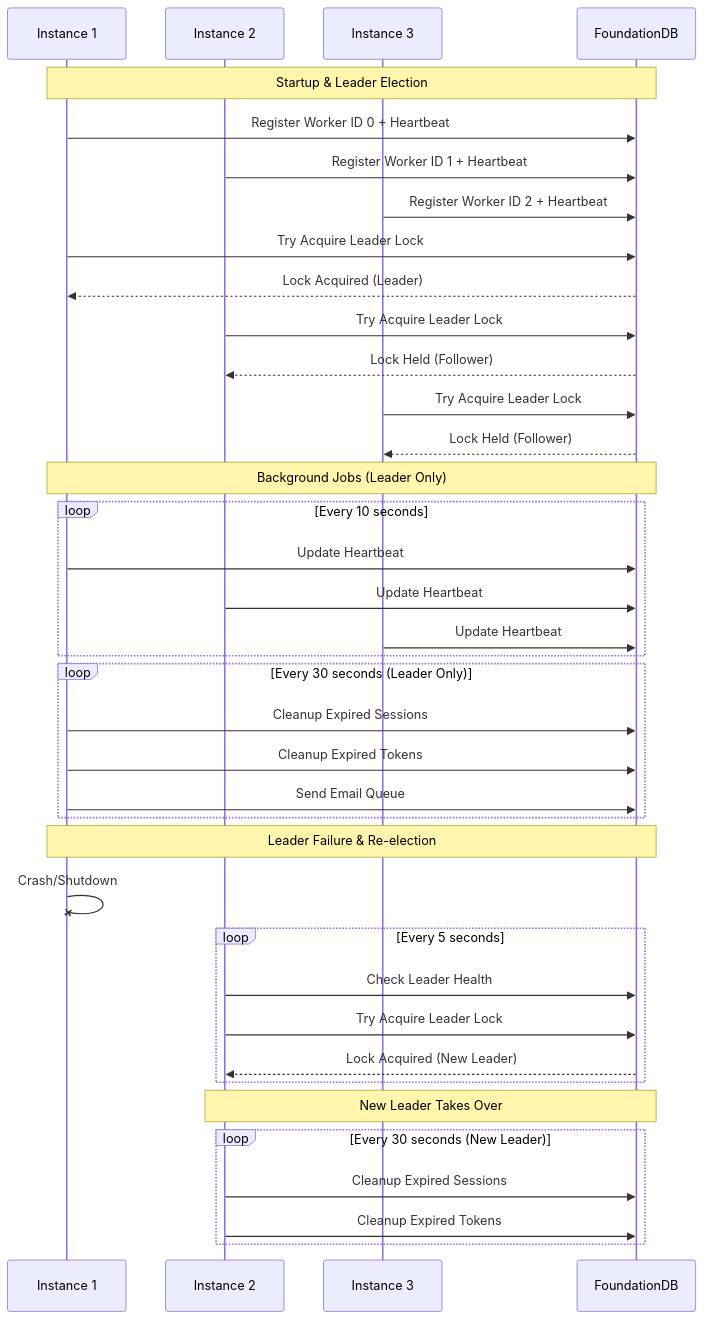
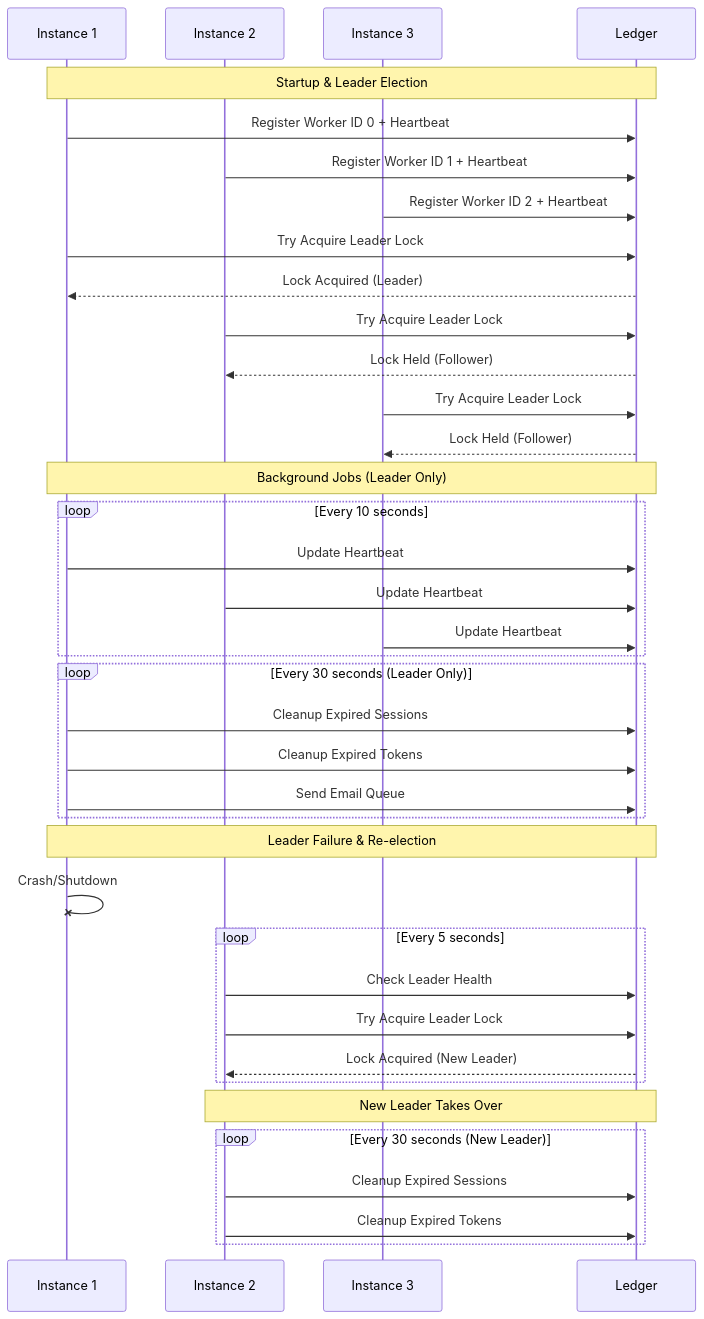
The fourth of 10 diagrams in docs/architecture.md (inferadb/control), drawn with Mermaid before and after one commit. The commit also changed other lines of this file and 61 other files, not shown here.

Commit message:
improve: fdb → ledger

````diff
--- a/docs/architecture.md
+++ b/docs/architecture.md
@@ -195,53 +195,53 @@
 ```mermaid
 sequenceDiagram
     participant API1 as Instance 1
     participant API2 as Instance 2
     participant API3 as Instance 3
-    participant FDB as FoundationDB
+    participant Ledger as Ledger
 
-    Note over API1,FDB: Startup & Leader Election
+    Note over API1,Ledger: Startup & Leader Election
 
-    API1->>FDB: Register Worker ID 0 + Heartbeat
-    API2->>FDB: Register Worker ID 1 + Heartbeat
-    API3->>FDB: Register Worker ID 2 + Heartbeat
+    API1->>Ledger: Register Worker ID 0 + Heartbeat
+    API2->>Ledger: Register Worker ID 1 + Heartbeat
+    API3->>Ledger: Register Worker ID 2 + Heartbeat
 
-    API1->>FDB: Try Acquire Leader Lock
-    FDB-->>API1: Lock Acquired (Leader)
+    API1->>Ledger: Try Acquire Leader Lock
+    Ledger-->>API1: Lock Acquired (Leader)
 
-    API2->>FDB: Try Acquire Leader Lock
-    FDB-->>API2: Lock Held (Follower)
+    API2->>Ledger: Try Acquire Leader Lock
+    Ledger-->>API2: Lock Held (Follower)
 
-    API3->>FDB: Try Acquire Leader Lock
-    FDB-->>API3: Lock Held (Follower)
+    API3->>Ledger: Try Acquire Leader Lock
+    Ledger-->>API3: Lock Held (Follower)
 
-    Note over API1,FDB: Background Jobs (Leader Only)
+    Note over API1,Ledger: Background Jobs (Leader Only)
 
     loop Every 10 seconds
-        API1->>FDB: Update Heartbeat
-        API2->>FDB: Update Heartbeat
-        API3->>FDB: Update Heartbeat
+        API1->>Ledger: Update Heartbeat
+        API2->>Ledger: Update Heartbeat
+        API3->>Ledger: Update Heartbeat
     end
 
     loop Every 30 seconds (Leader Only)
-        API1->>FDB: Cleanup Expired Sessions
-        API1->>FDB: Cleanup Expired Tokens
-        API1->>FDB: Send Email Queue
+        API1->>Ledger: Cleanup Expired Sessions
+        API1->>Ledger: Cleanup Expired Tokens
+        API1->>Ledger: Send Email Queue
     end
 
-    Note over API1,FDB: Leader Failure & Re-election
+    Note over API1,Ledger: Leader Failure & Re-election
 
     API1-xAPI1: Crash/Shutdown
 
     loop Every 5 seconds
-        API2->>FDB: Check Leader Health
-        API2->>FDB: Try Acquire Leader Lock
-        FDB-->>API2: Lock Acquired (New Leader)
+        API2->>Ledger: Check Leader Health
+        API2->>Ledger: Try Acquire Leader Lock
+        Ledger-->>API2: Lock Acquired (New Leader)
     end
 
-    Note over API2,FDB: New Leader Takes Over
+    Note over API2,Ledger: New Leader Takes Over
 
     loop Every 30 seconds (New Leader)
-        API2->>FDB: Cleanup Expired Sessions
-        API2->>FDB: Cleanup Expired Tokens
+        API2->>Ledger: Cleanup Expired Sessions
+        API2->>Ledger: Cleanup Expired Tokens
     end
 ```
````
